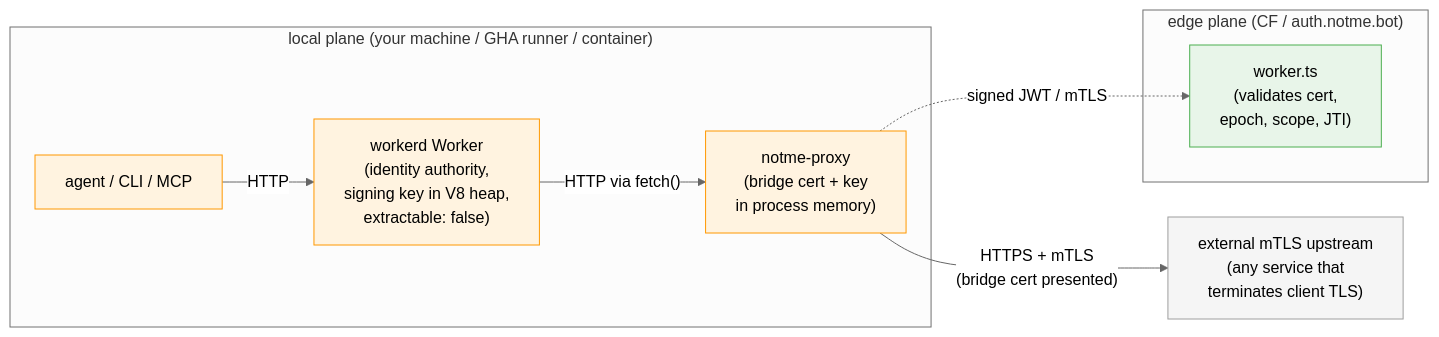
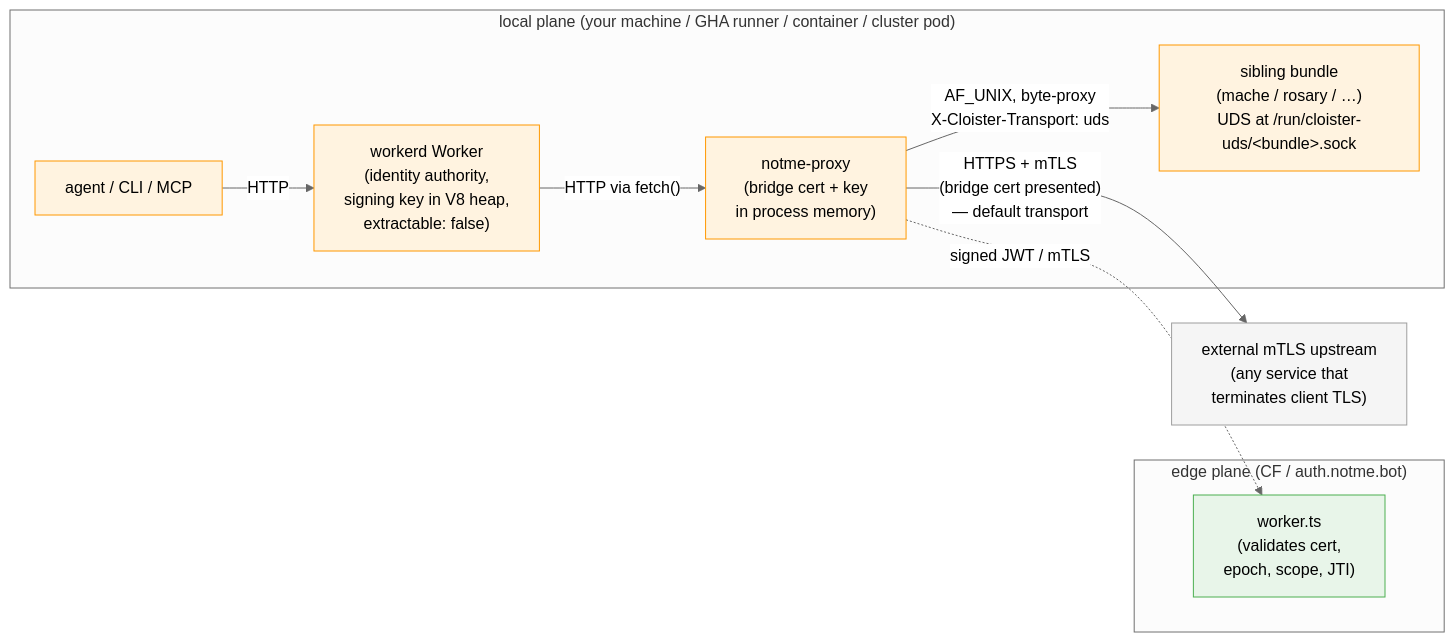
One commit to agentic-research/notme changed the first of 3 diagrams in proxy/README.md. Above: the diagram before and after it, drawn with Mermaid (neutral theme). The commit also changed other lines of this file, not shown here.

First line of the commit message:
[notme-58cc3e] docs(proxy): document UDS transport + path validation

````diff
--- a/proxy/README.md
+++ b/proxy/README.md
@@ -17,26 +17,28 @@
 ```mermaid
 flowchart LR
-    subgraph local["local plane (your machine / GHA runner / container)"]
+    subgraph local["local plane (your machine / GHA runner / container / cluster pod)"]
         agent["agent / CLI / MCP"]
         workerd["workerd Worker<br/>(identity authority,<br/>signing key in V8 heap,<br/>extractable: false)"]
         proxy["notme-proxy<br/>(bridge cert + key<br/>in process memory)"]
+        sibling["sibling bundle<br/>(mache / rosary / …)<br/>UDS at /run/cloister-uds/&lt;bundle&gt;.sock"]
     end
 
     subgraph edge["edge plane (CF / auth.notme.bot)"]
         wkr["worker.ts<br/>(validates cert,<br/>epoch, scope, JTI)"]
     end
 
     upstream["external mTLS upstream<br/>(any service that<br/>terminates client TLS)"]
 
     agent -->|"HTTP"| workerd
     workerd -->|"HTTP via fetch()"| proxy
-    proxy -->|"HTTPS + mTLS<br/>(bridge cert presented)"| upstream
+    proxy -->|"HTTPS + mTLS<br/>(bridge cert presented)<br/>— default transport"| upstream
+    proxy -->|"AF_UNIX, byte-proxy<br/>X-Cloister-Transport: uds"| sibling
     proxy -.->|"signed JWT / mTLS"| wkr
 
     classDef local fill:#fff3e0,stroke:#FF9800,color:#000
     classDef edge fill:#e8f5e9,stroke:#4CAF50,color:#000
     classDef ext fill:#f5f5f5,stroke:#9E9E9E,color:#000
-    class workerd,proxy,agent local
+    class workerd,proxy,agent,sibling local
     class wkr edge
     class upstream ext
 ```
````
